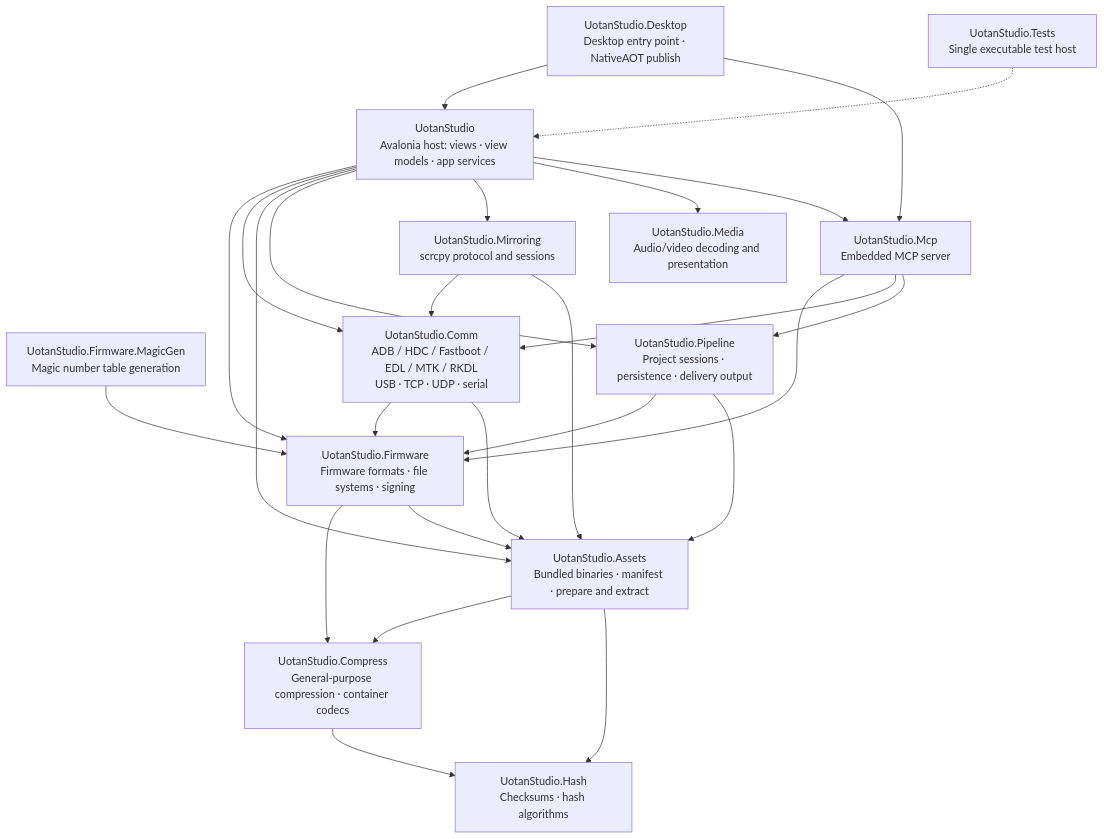
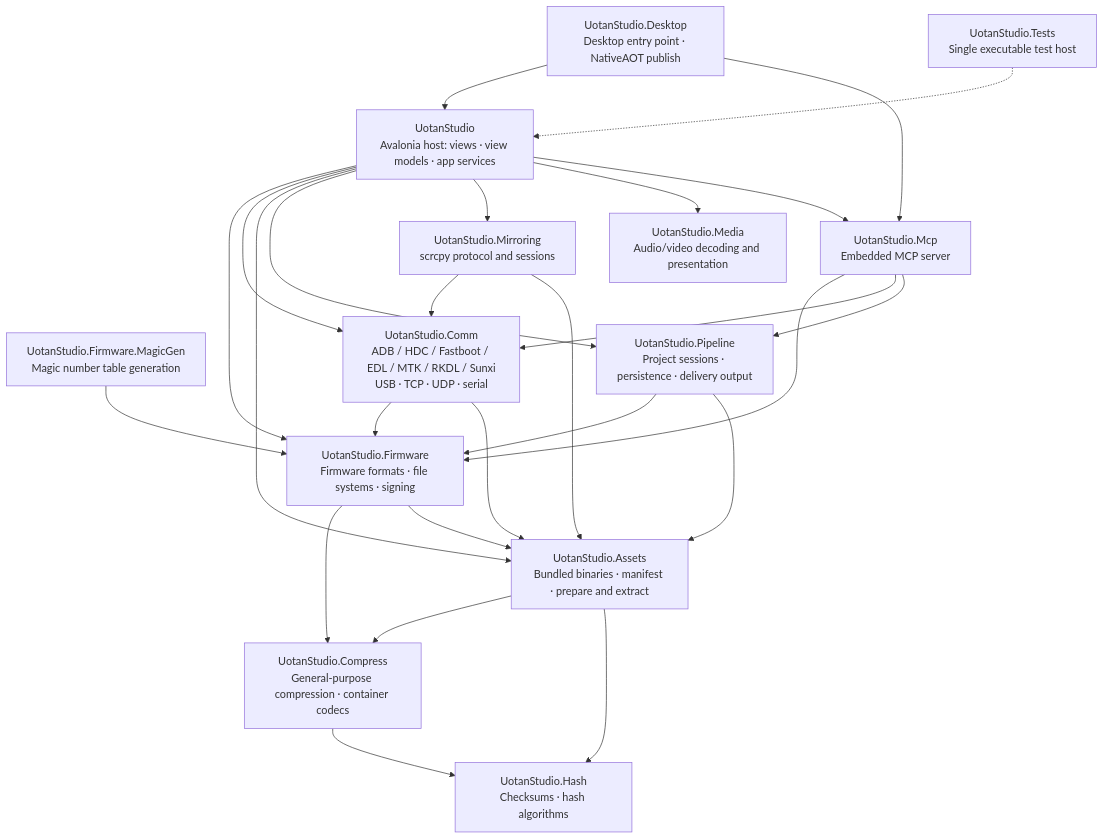
Before and after one commit to Uotan-Dev/UotanStudio: the diagram in README-EN.md, drawn with Mermaid. The commit also changed other lines of this file and 8 other files, not shown here.

````diff
--- a/README-EN.md
+++ b/README-EN.md
@@ -34,42 +34,42 @@
 ```mermaid
 flowchart TD
  Hash["UotanStudio.Hash<br/>Checksums · hash algorithms"]
  Compress["UotanStudio.Compress<br/>General-purpose compression · container codecs"]
  Assets["UotanStudio.Assets<br/>Bundled binaries · manifest · prepare and extract"]
  Firmware["UotanStudio.Firmware<br/>Firmware formats · file systems · signing"]
  MagicGen["UotanStudio.Firmware.MagicGen<br/>Magic number table generation"]
  Pipeline["UotanStudio.Pipeline<br/>Project sessions · persistence · delivery output"]
  Media["UotanStudio.Media<br/>Audio/video decoding and presentation"]
- Comm["UotanStudio.Comm<br/>ADB / HDC / Fastboot / EDL / MTK / RKDL<br/>USB · TCP · UDP · serial"]
+ Comm["UotanStudio.Comm<br/>ADB / HDC / Fastboot / EDL / MTK / RKDL / Sunxi<br/>USB · TCP · UDP · serial"]
  Mirroring["UotanStudio.Mirroring<br/>scrcpy protocol and sessions"]
  Mcp["UotanStudio.Mcp<br/>Embedded MCP server"]
  Host["UotanStudio<br/>Avalonia host: views · view models · app services"]
  Desktop["UotanStudio.Desktop<br/>Desktop entry point · NativeAOT publish"]
  Tests["UotanStudio.Tests<br/>Single executable test host"]
 
  MagicGen --> Firmware
  Compress --> Hash
  Assets --> Compress
  Assets --> Hash
  Firmware --> Compress
  Firmware --> Assets
  Comm --> Firmware
  Comm --> Assets
  Pipeline --> Firmware
  Pipeline --> Assets
  Mirroring --> Comm
  Mirroring --> Assets
  Mcp --> Firmware
  Mcp --> Comm
  Mcp --> Pipeline
  Host --> Firmware
  Host --> Comm
  Host --> Assets
  Host --> Pipeline
  Host --> Mirroring
  Host --> Media
  Host --> Mcp
  Desktop --> Host
  Desktop --> Mcp
  Tests -.-> Host
 ```
````
